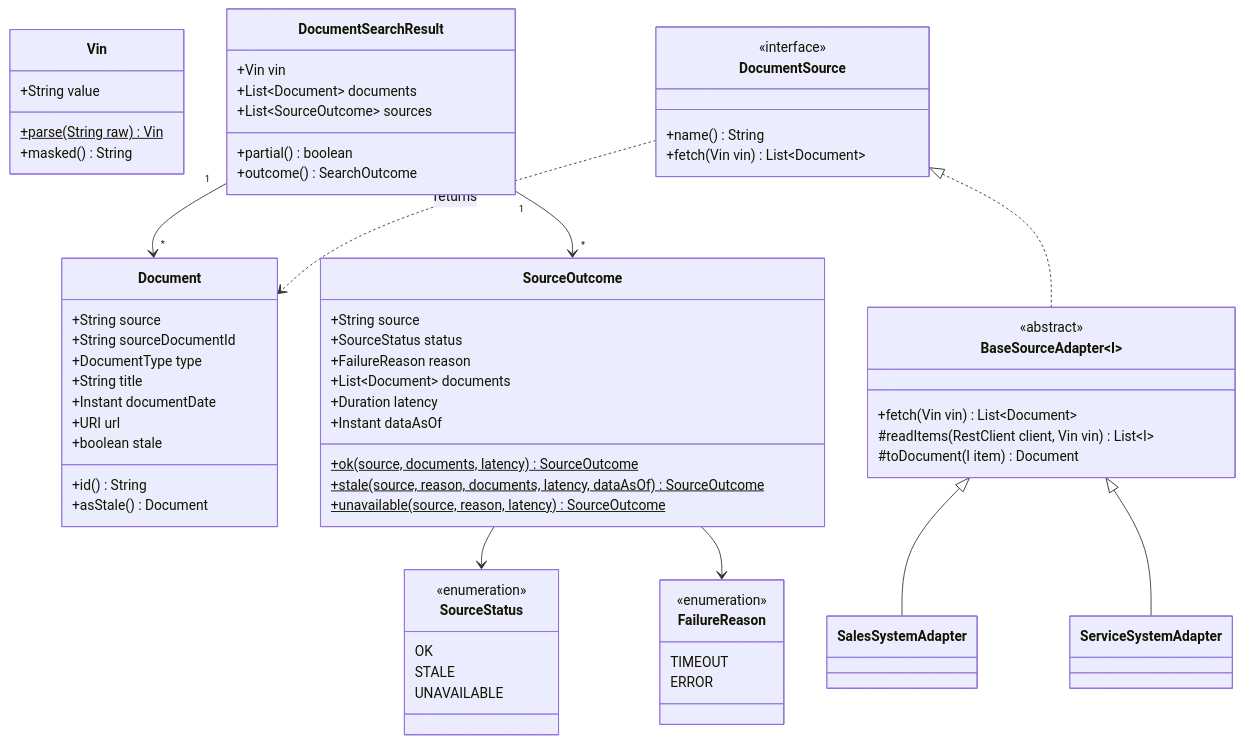
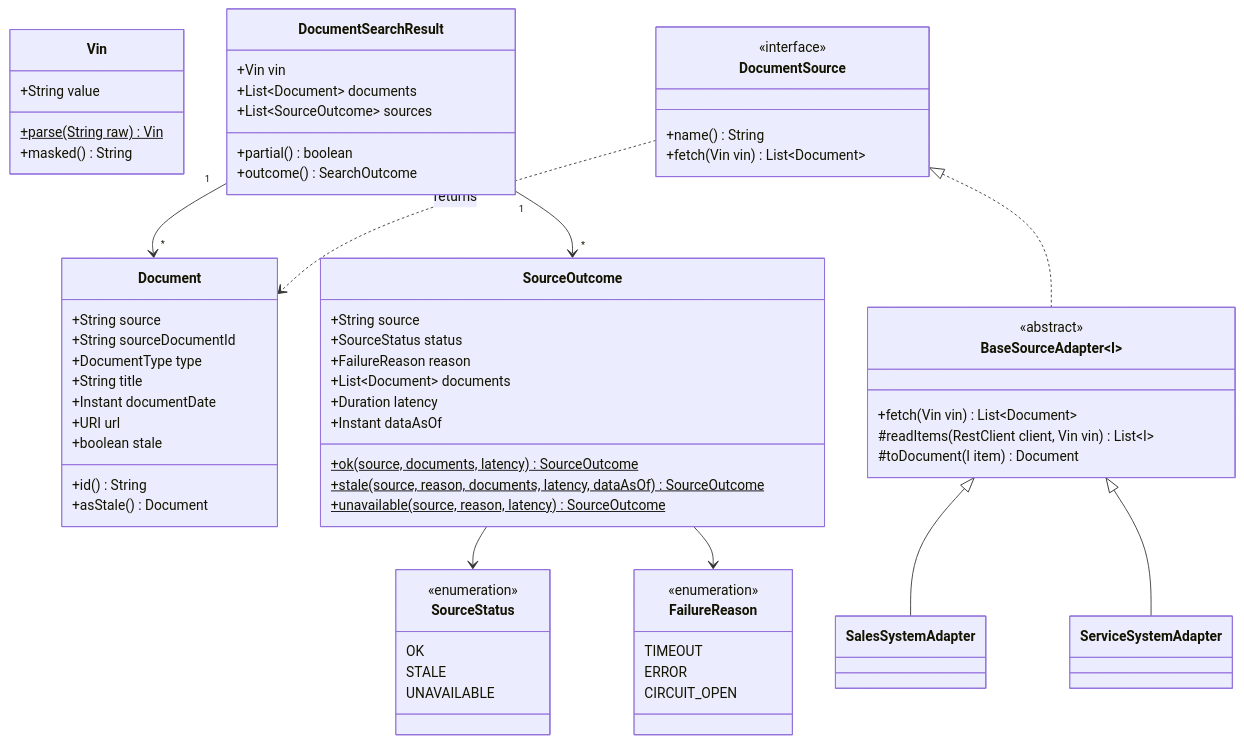
Before and after one commit to hinn1411/document-viewer: the diagram in docs/plans/05-domain-model.md, drawn with Mermaid. The commit also changed other lines of this file and 13 other files, not shown here.

````diff
--- a/docs/plans/05-domain-model.md
+++ b/docs/plans/05-domain-model.md
@@ -7,67 +7,68 @@
 ```mermaid
 classDiagram
     class Vin {
         +String value
         +parse(String raw)$ Vin
         +masked() String
     }
     class Document {
         +String source
         +String sourceDocumentId
         +DocumentType type
         +String title
         +Instant documentDate
         +URI url
         +boolean stale
         +id() String
         +asStale() Document
     }
     class SourceOutcome {
         +String source
         +SourceStatus status
         +FailureReason reason
         +List~Document~ documents
         +Duration latency
         +Instant dataAsOf
         +ok(source, documents, latency)$ SourceOutcome
         +stale(source, reason, documents, latency, dataAsOf)$ SourceOutcome
         +unavailable(source, reason, latency)$ SourceOutcome
     }
     class DocumentSearchResult {
         +Vin vin
         +List~Document~ documents
         +List~SourceOutcome~ sources
         +partial() boolean
         +outcome() SearchOutcome
     }
     class DocumentSource {
         <<interface>>
         +name() String
         +fetch(Vin vin) List~Document~
     }
     class SourceStatus {
         <<enumeration>>
         OK
         STALE
         UNAVAILABLE
     }
     class FailureReason {
         <<enumeration>>
         TIMEOUT
         ERROR
+        CIRCUIT_OPEN
     }
     DocumentSearchResult "1" --> "*" Document
     DocumentSearchResult "1" --> "*" SourceOutcome
     SourceOutcome --> SourceStatus
     class BaseSourceAdapter~I~ {
         <<abstract>>
         +fetch(Vin vin) List~Document~
         #readItems(RestClient client, Vin vin) List~I~
         #toDocument(I item) Document
     }
     DocumentSource <|.. BaseSourceAdapter
     BaseSourceAdapter <|-- SalesSystemAdapter
     BaseSourceAdapter <|-- ServiceSystemAdapter
     SourceOutcome --> FailureReason
     DocumentSource ..> Document : returns
 ```
````
